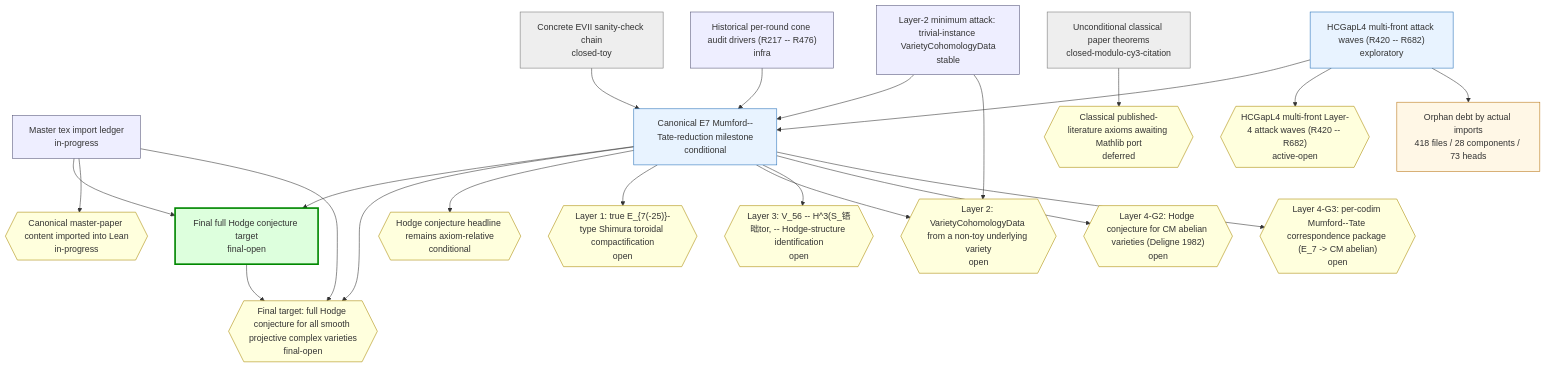
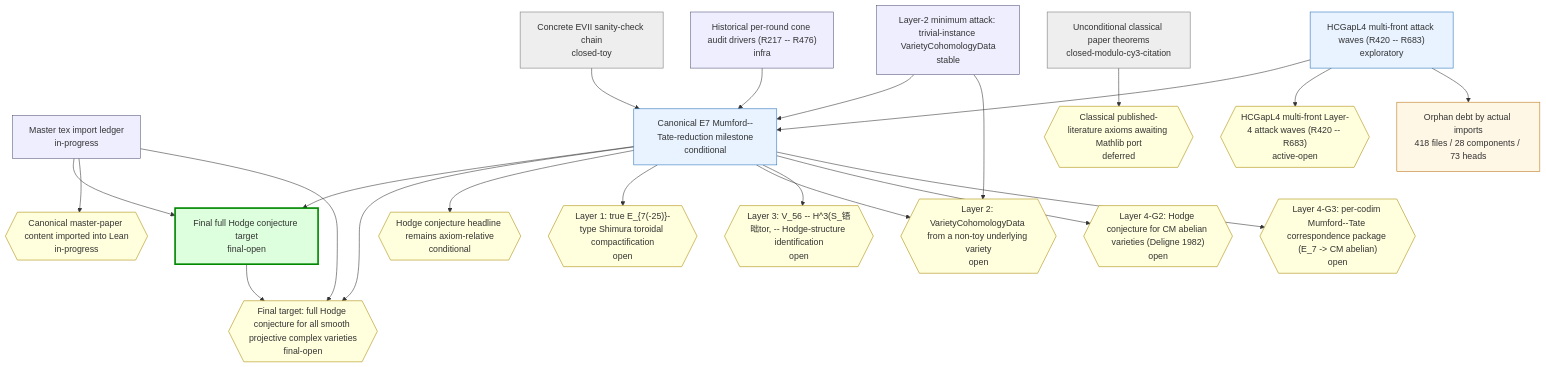
The first of 2 diagrams in chain-status/research-map.md (crabsatellite/hodge-conjecture-lean4-formalization), drawn with Mermaid before and after one commit. The commit also changed other lines of this file and 8 other files, not shown here.

````diff
--- a/chain-status/research-map.md
+++ b/chain-status/research-map.md
@@ -46,54 +46,54 @@
 ```mermaid
 graph TD
   classDef main fill:#dfd,stroke:#080,stroke-width:3px
   classDef active fill:#e8f3ff,stroke:#2670b8
   classDef support fill:#eef,stroke:#557
   classDef closed fill:#eee,stroke:#777
   classDef dead fill:#fdd,stroke:#a00,stroke-width:2px
   classDef gapOpen fill:#ffd,stroke:#a80
   classDef gapClosed fill:#eee,stroke:#777
   classDef gapDead fill:#fdd,stroke:#a00
   classDef debt fill:#fff7e6,stroke:#b87514
   classDef debtTaxonomy fill:#e8f3ff,stroke:#2670b8,stroke-dasharray:3 3
   classDef debtRule fill:#eefbea,stroke:#398439,stroke-dasharray:3 3
   classDef debtDead fill:#fdd,stroke:#a00,stroke-dasharray:3 3
   chain_full_hc_final_target["Final full Hodge conjecture target\nfinal-open"]:::main
   chain_master_paper_import_ledger["Master tex import ledger\nin-progress"]:::support
   chain_main_hc_axiom_relative["Canonical E7 Mumford--Tate-reduction milestone\nconditional"]:::active
   chain_unconditional_classical["Unconditional classical paper theorems\nclosed-modulo-cy3-citation"]:::closed
   chain_hcgap_l2_trivial_instances["Layer-2 minimum attack: trivial-instance VarietyCohomologyData\nstable"]:::support
-  chain_hcgap_l4_multifront_active["HCGapL4 multi-front attack waves (R420 -- R682)\nexploratory"]:::active
+  chain_hcgap_l4_multifront_active["HCGapL4 multi-front attack waves (R420 -- R683)\nexploratory"]:::active
   chain_concrete_evii_toy["Concrete EVII sanity-check chain\nclosed-toy"]:::closed
   chain_historical_cone_audits["Historical per-round cone audit drivers (R217 -- R476)\ninfra"]:::support
   gap_G_full_hc{{"Final target: full Hodge conjecture for all smooth projective complex varieties\nfinal-open"}}:::gapOpen
   gap_G_master_paper_import{{"Canonical master-paper content imported into Lean\nin-progress"}}:::gapOpen
   gap_G_main_hc{{"Hodge conjecture headline remains axiom-relative\nconditional"}}:::gapOpen
   gap_G_l1_e7_shimura_tor{{"Layer 1: true E_{7(-25)}-type Shimura toroidal compactification\nopen"}}:::gapOpen
   gap_G_l2_cohomology_construction{{"Layer 2: VarietyCohomologyData from a non-toy underlying variety\nopen"}}:::gapOpen
   gap_G_l3_v56_mt_identification{{"Layer 3: V_56 -- H^3(S_铻昢tor, -- Hodge-structure identification\nopen"}}:::gapOpen
   gap_G_l4_cm_abelian_hc{{"Layer 4-G2: Hodge conjecture for CM abelian varieties (Deligne 1982)\nopen"}}:::gapOpen
   gap_G_l4_mt_correspondence{{"Layer 4-G3: per-codim Mumford--Tate correspondence package (E_7 -> CM abelian)\nopen"}}:::gapOpen
   gap_G_classical_mathlib_port{{"Classical published-literature axioms awaiting Mathlib port\ndeferred"}}:::gapOpen
-  gap_G_hcgap_l4_multifront{{"HCGapL4 multi-front Layer-4 attack waves (R420 -- R682)\nactive-open"}}:::gapOpen
+  gap_G_hcgap_l4_multifront{{"HCGapL4 multi-front Layer-4 attack waves (R420 -- R683)\nactive-open"}}:::gapOpen
   chain_full_hc_final_target --> gap_G_full_hc
   chain_master_paper_import_ledger --> chain_full_hc_final_target
   chain_master_paper_import_ledger --> gap_G_master_paper_import
   chain_master_paper_import_ledger --> gap_G_full_hc
   chain_main_hc_axiom_relative --> chain_full_hc_final_target
   chain_main_hc_axiom_relative --> gap_G_full_hc
   chain_main_hc_axiom_relative --> gap_G_main_hc
   chain_main_hc_axiom_relative --> gap_G_l1_e7_shimura_tor
   chain_main_hc_axiom_relative --> gap_G_l2_cohomology_construction
   chain_main_hc_axiom_relative --> gap_G_l3_v56_mt_identification
   chain_main_hc_axiom_relative --> gap_G_l4_cm_abelian_hc
   chain_main_hc_axiom_relative --> gap_G_l4_mt_correspondence
   chain_unconditional_classical --> gap_G_classical_mathlib_port
   chain_hcgap_l2_trivial_instances --> chain_main_hc_axiom_relative
   chain_hcgap_l2_trivial_instances --> gap_G_l2_cohomology_construction
   chain_hcgap_l4_multifront_active --> chain_main_hc_axiom_relative
   chain_hcgap_l4_multifront_active --> gap_G_hcgap_l4_multifront
   chain_concrete_evii_toy --> chain_main_hc_axiom_relative
   chain_historical_cone_audits --> chain_main_hc_axiom_relative
   debt_all["Orphan debt by actual imports\n418 files / 28 components / 73 heads"]:::debt
   chain_hcgap_l4_multifront_active --> debt_all
 ```
````
